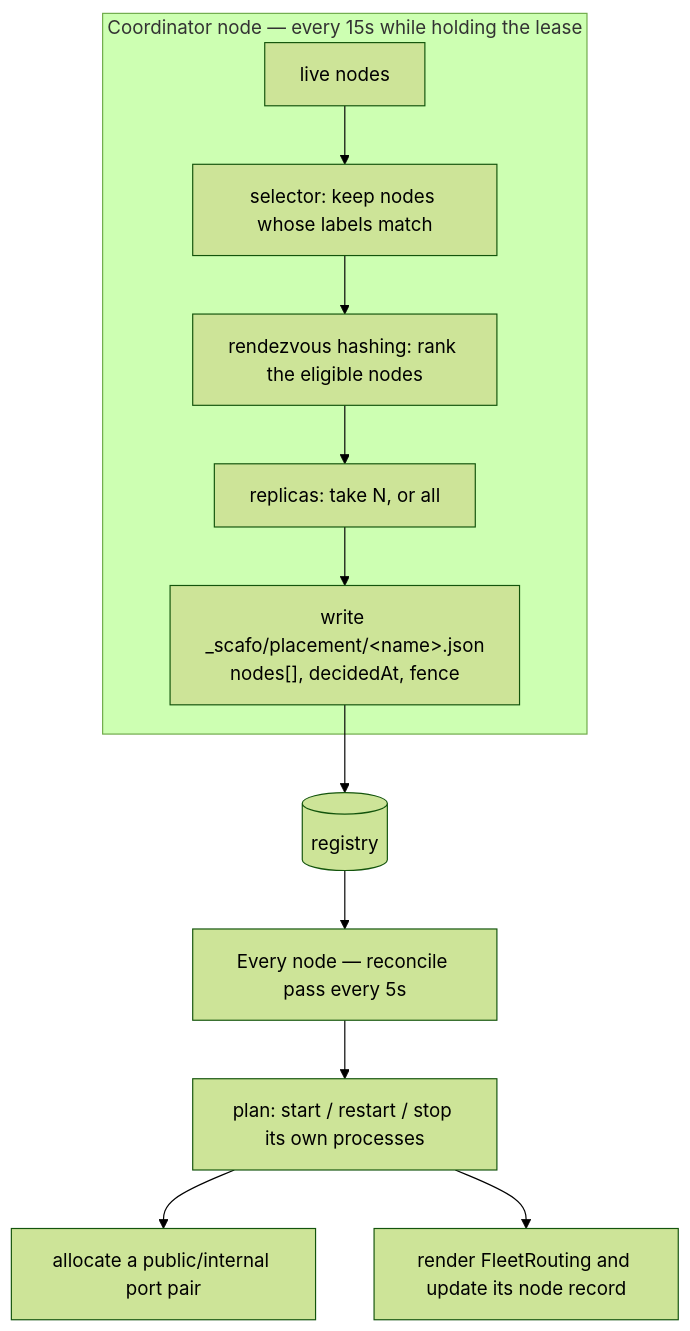
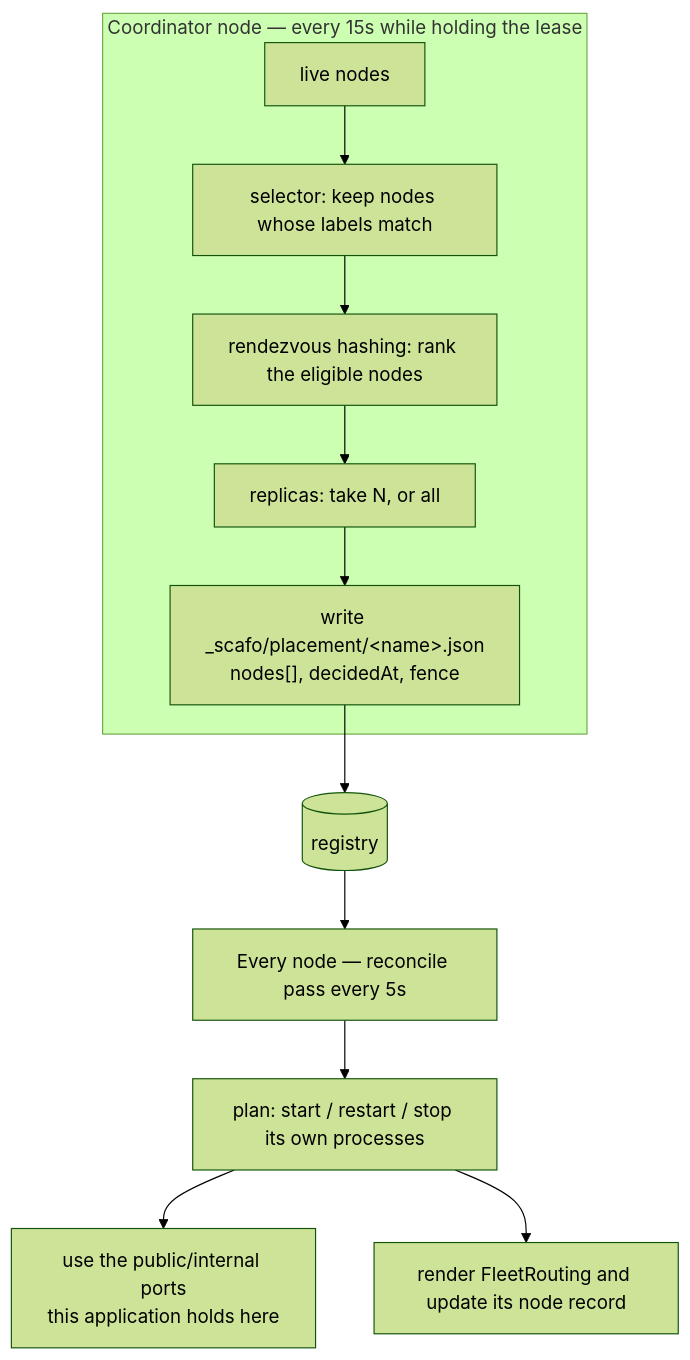
One commit to sandros94/scafo-docs changed the diagram in 1.docs/13.placement.md. Above: the diagram before and after it, drawn with Mermaid (forest theme). The commit also changed other lines of this file and 16 other files, not shown here.

First line of the commit message:
docs: state that must persist, ports that stay with their application, and what a renewed lease no longer interrupts

````diff
--- a/1.docs/13.placement.md
+++ b/1.docs/13.placement.md
@@ -11,14 +11,14 @@
 ```mermaid
 flowchart TD
   subgraph coordinator["Coordinator node — every 15s while holding the lease"]
     live["live nodes"] --> sel["selector: keep nodes whose labels match"]
     sel --> rv["rendezvous hashing: rank the eligible nodes"]
     rv --> rep["replicas: take N, or all"]
     rep --> rec["write _scafo/placement/&lt;name&gt;.json<br/>nodes[], decidedAt, fence"]
   end
   rec --> bucket[("registry")]
   bucket --> node["Every node — reconcile pass every 5s"]
   node --> plan["plan: start / restart / stop its own processes"]
-  plan --> ports["allocate a public/internal port pair"]
+  plan --> ports["use the public/internal ports<br/>this application holds here"]
   plan --> routing["render FleetRouting and update its node record"]
 ```
````
